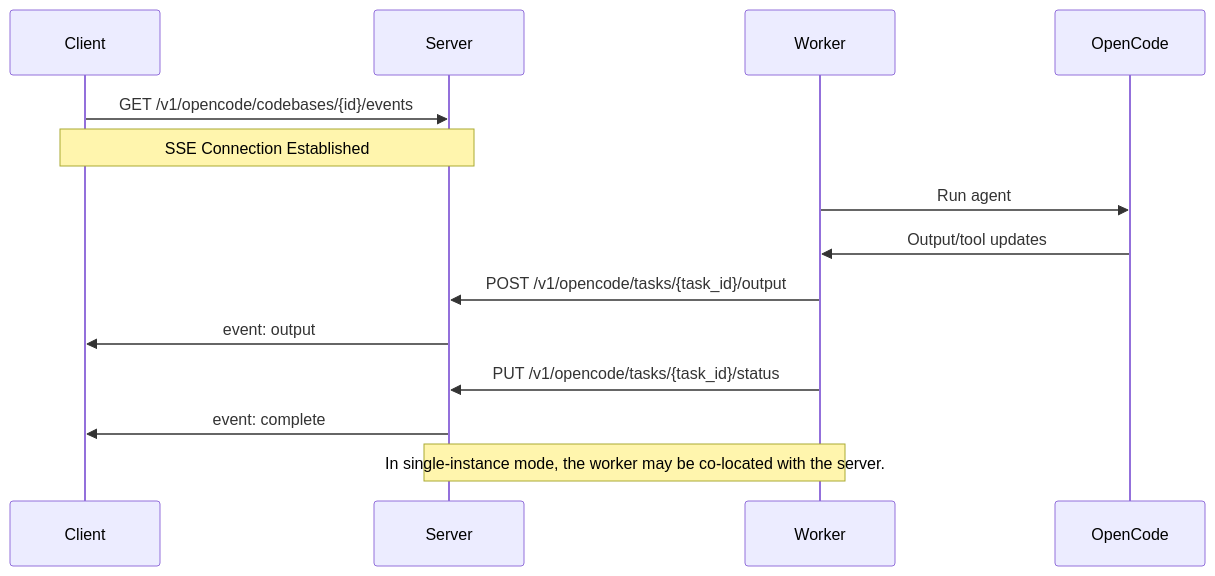
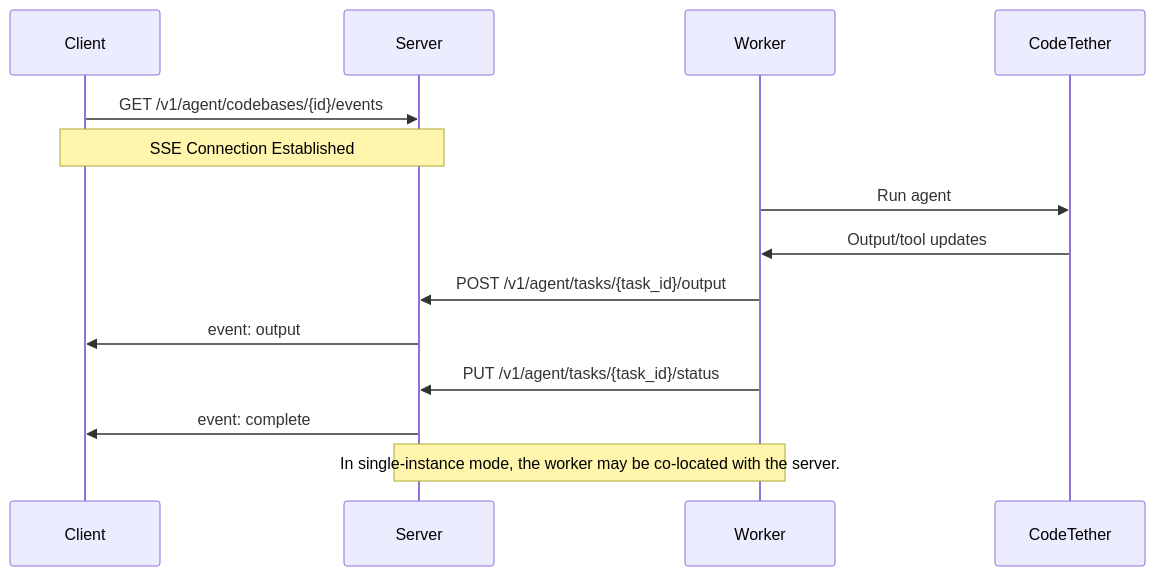
One commit to rileyseaburg/codetether changed the third of 3 diagrams in codetether-docs/concepts/architecture.md. Above: the diagram before and after it, drawn with Mermaid. The commit also changed other lines of this file and 26 other files, not shown here.

````diff
--- a/codetether-docs/concepts/architecture.md
+++ b/codetether-docs/concepts/architecture.md
@@ -169,19 +169,19 @@
 ```mermaid
 sequenceDiagram
     participant C as Client
     participant S as Server
     participant W as Worker
-    participant O as OpenCode
+    participant O as CodeTether
 
-    C->>S: GET /v1/opencode/codebases/{id}/events
+    C->>S: GET /v1/agent/codebases/{id}/events
     Note over C,S: SSE Connection Established
 
     W->>O: Run agent
     O->>W: Output/tool updates
-    W->>S: POST /v1/opencode/tasks/{task_id}/output
+    W->>S: POST /v1/agent/tasks/{task_id}/output
     S->>C: event: output
-    W->>S: PUT /v1/opencode/tasks/{task_id}/status
+    W->>S: PUT /v1/agent/tasks/{task_id}/status
     S->>C: event: complete
 
     Note over W,S: In single-instance mode, the worker may be co-located with the server.
 ```
````
